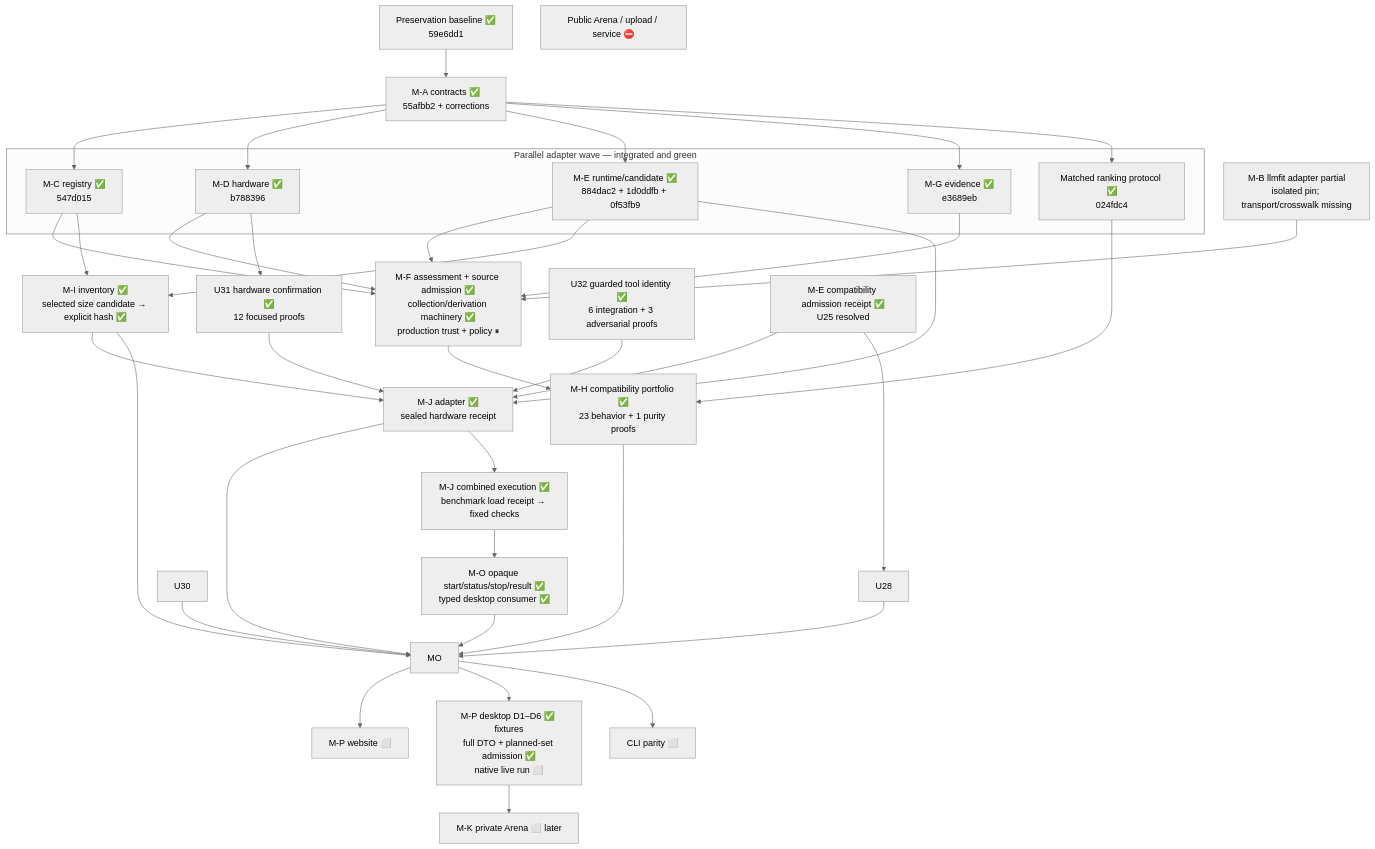
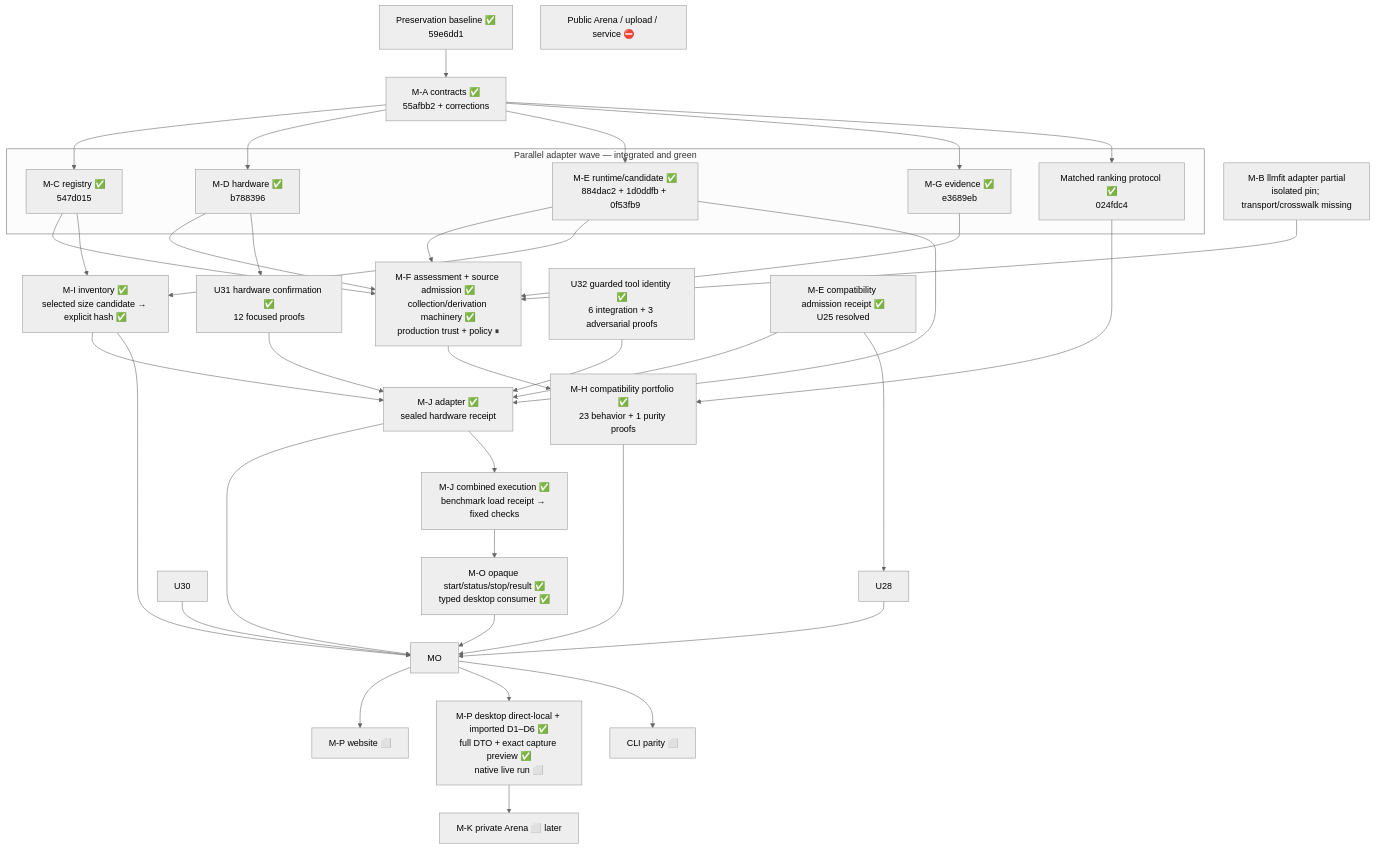
The second of 2 diagrams in docs/system-build-assembler.md (chinmayi-r/localarcade), drawn with Mermaid (neutral theme) before and after one commit. The commit also changed other lines of this file and 15 other files, not shown here.

Commit message:
feat: add direct local runner onboarding

````diff
--- a/docs/system-build-assembler.md
+++ b/docs/system-build-assembler.md
@@ -152,50 +152,50 @@
 ```mermaid
 flowchart TB
   BASE["Preservation baseline ✅\n59e6dd1"] --> MA["M-A contracts ✅\n55afbb2 + corrections"]
 
   subgraph W1["Parallel adapter wave — integrated and green"]
     MC["M-C registry ✅\n547d015"]
     MD["M-D hardware ✅\nb788396"]
     ME["M-E runtime/candidate ✅\n884dac2 + 1d0ddfb + 0f53fb9"]
     MG["M-G evidence ✅\ne3689eb"]
     PROTO["Matched ranking protocol ✅\n024fdc4"]
   end
 
   MA --> MC
   MA --> MD
   MA --> ME
   MA --> MG
   MA --> PROTO
 
   MB["M-B llmfit adapter partial\nisolated pin; transport/crosswalk missing"]
   MC --> MF["M-F assessment + source admission ✅\ncollection/derivation machinery ✅\nproduction trust + policy ⏸"]
   MD --> MF
   ME --> MF
   MG --> MF
   MB --> MF
 
   MC --> MI["M-I inventory ✅\nselected size candidate → explicit hash ✅"]
   ME --> MI
   MD --> U31["U31 hardware confirmation ✅\n12 focused proofs"]
   U31 --> MJ["M-J adapter ✅\nsealed hardware receipt"]
   ME --> MJ
   MI --> MJ
 
   MF --> MH["M-H compatibility portfolio ✅\n23 behavior + 1 purity proofs"]
   PROTO --> MH
   MH --> MO
   MI --> MO
   U32["U32 guarded tool identity ✅\n6 integration + 3 adversarial proofs"] --> MJ
   PROOF["M-E compatibility admission receipt ✅\nU25 resolved"] --> MJ
   MJ --> MO
   PROOF --> U28 --> MO
   U30 --> MO
   MJ --> EXEC["M-J combined execution ✅\nbenchmark load receipt → fixed checks"]
   EXEC --> IPC["M-O opaque start/status/stop/result ✅\ntyped desktop consumer ✅"]
   IPC --> MO
   MO --> WEB["M-P website ⬜"]
-  MO --> DESK["M-P desktop D1–D6 ✅ fixtures\nfull DTO + planned-set admission ✅\nnative live run ⬜"]
+  MO --> DESK["M-P desktop direct-local + imported D1–D6 ✅\nfull DTO + exact capture preview ✅\nnative live run ⬜"]
   MO --> CLI["CLI parity ⬜"]
   DESK --> ARENA["M-K private Arena ⬜ later"]
   PUBLIC["Public Arena / upload / service ⛔"]
 ```
````
